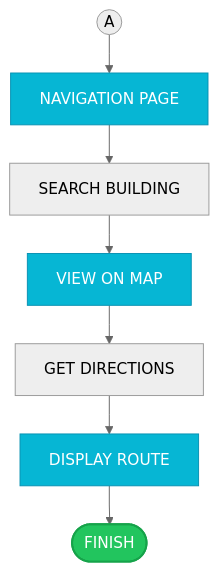
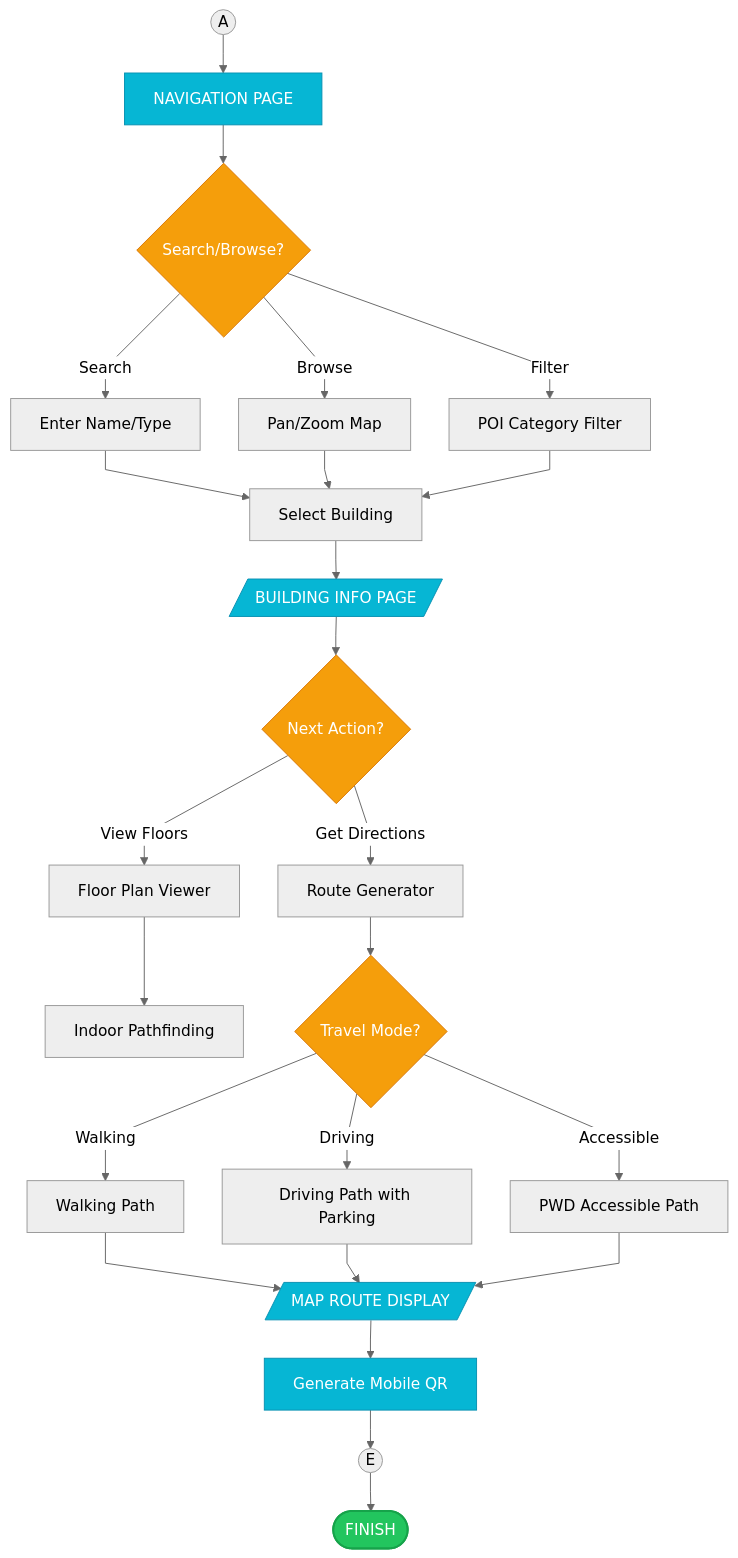
Before and after one commit to Yui1003/iCCAT: the second of 6 diagrams in iCCAT-Academic-Flowcharts-Printable.md, drawn with Mermaid (neutral theme). The commit also changed other lines of this file, not shown here.

First line of the commit message:
Add comprehensive academic flowcharts to the kiosk documentation

````diff
--- a/iCCAT-Academic-Flowcharts-Printable.md
+++ b/iCCAT-Academic-Flowcharts-Printable.md
@@ -38,16 +41,43 @@
 ```mermaid
 %%{init: {'flowchart': {'curve': 'linear', 'nodeSpacing': 40, 'rankSpacing': 40}}}%%
 flowchart TB
     classDef startEnd fill:#22c55e,stroke:#16a34a,color:#fff,stroke-width:2px
     classDef display fill:#06b6d4,stroke:#0891b2,color:#fff
+    classDef decision fill:#f59e0b,stroke:#d97706,color:#fff
     
     A((A)) --> NAV[NAVIGATION PAGE]
-    NAV --> SEARCH[SEARCH BUILDING]
-    SEARCH --> VIEW[VIEW ON MAP]
-    VIEW --> DIR[GET DIRECTIONS]
-    DIR --> ROUTE[DISPLAY ROUTE]
-    ROUTE --> FINISH([FINISH])
+    
+    NAV --> SEARCH_TYPE{Search/Browse?}
+    SEARCH_TYPE -->|Search| SRCH[Enter Name/Type]
+    SEARCH_TYPE -->|Browse| MAP[Pan/Zoom Map]
+    SEARCH_TYPE -->|Filter| FILT[POI Category Filter]
+    
+    SRCH --> BLDG[Select Building]
+    MAP --> BLDG
+    FILT --> BLDG
+    
+    BLDG --> INFO[/BUILDING INFO PAGE/]
+    INFO --> ACT_TYPE{Next Action?}
+    
+    ACT_TYPE -->|View Floors| FLR[Floor Plan Viewer]
+    ACT_TYPE -->|Get Directions| DIR[Route Generator]
+    
+    FLR --> INDOOR[Indoor Pathfinding]
+    DIR --> MODE{Travel Mode?}
+    
+    MODE -->|Walking| WK[Walking Path]
+    MODE -->|Driving| DR[Driving Path with Parking]
+    MODE -->|Accessible| PW[PWD Accessible Path]
+    
+    WK --> ROUTE[/MAP ROUTE DISPLAY/]
+    DR --> ROUTE
+    PW --> ROUTE
+    
+    ROUTE --> QR[Generate Mobile QR]
+    QR --> FEEDBACK((E))
+    FEEDBACK --> FINISH([FINISH])
 
     class FINISH startEnd
-    class NAV,VIEW,ROUTE display
+    class NAV,INFO,ROUTE,QR display
+    class SEARCH_TYPE,ACT_TYPE,MODE decision
 ```
````
